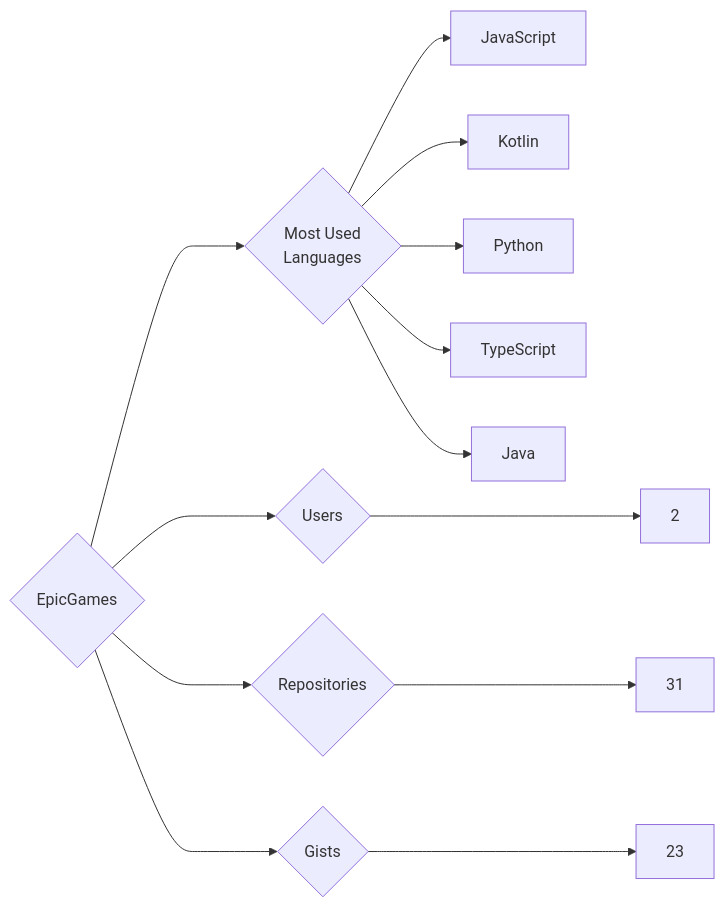
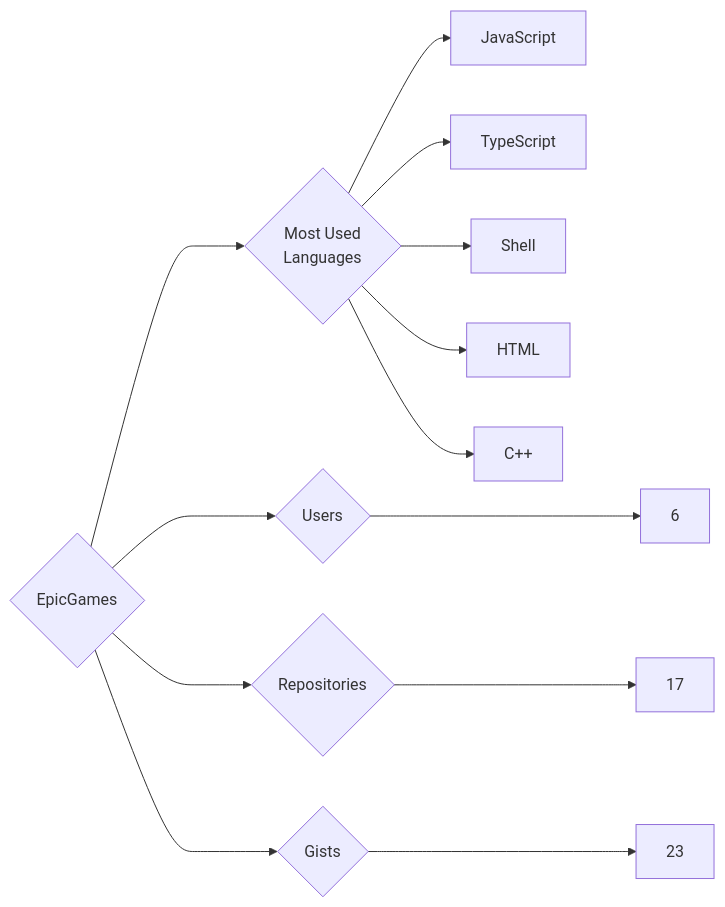
One commit to trickest/insiders changed the diagram in targets/EpicGames/README.md. Above: the diagram before and after it, drawn with Mermaid. The commit also changed 1092 other files, not shown here.

````diff
--- a/targets/EpicGames/README.md
+++ b/targets/EpicGames/README.md
@@ -3,13 +3,13 @@
 ```mermaid
 graph LR
 COMPANY_NAME{EpicGames}
-COMPANY_NAME ---> U{Users} ---> UN[2]
-COMPANY_NAME ---> R{Repositories} ---> RN[31]
+COMPANY_NAME ---> U{Users} ---> UN[6]
+COMPANY_NAME ---> R{Repositories} ---> RN[17]
 COMPANY_NAME ---> G{Gists} ---> GN[23]
 COMPANY_NAME ---> ML{Most Used<br>Languages}
 ML --> JavaScript[JavaScript]
-ML --> Kotlin[Kotlin]
-ML --> Python[Python]
 ML --> TypeScript[TypeScript]
-ML --> Java[Java]
+ML --> Shell[Shell]
+ML --> HTML[HTML]
+ML --> C++[C++]
 ```
````
